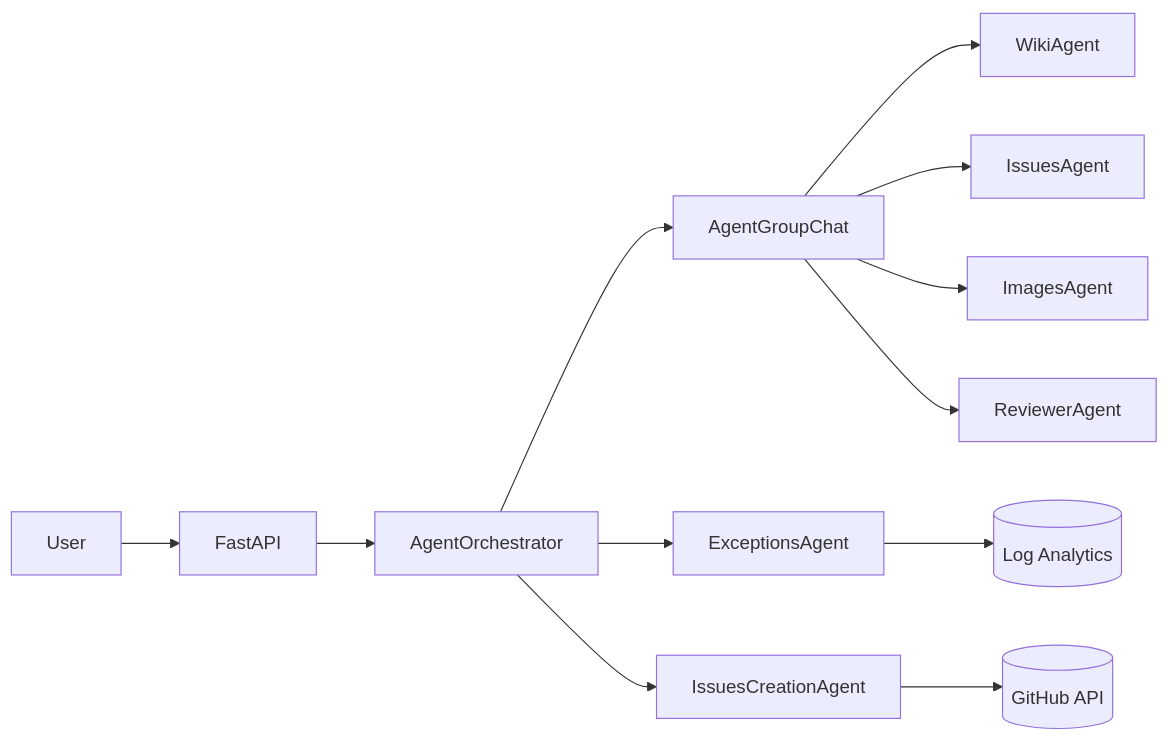
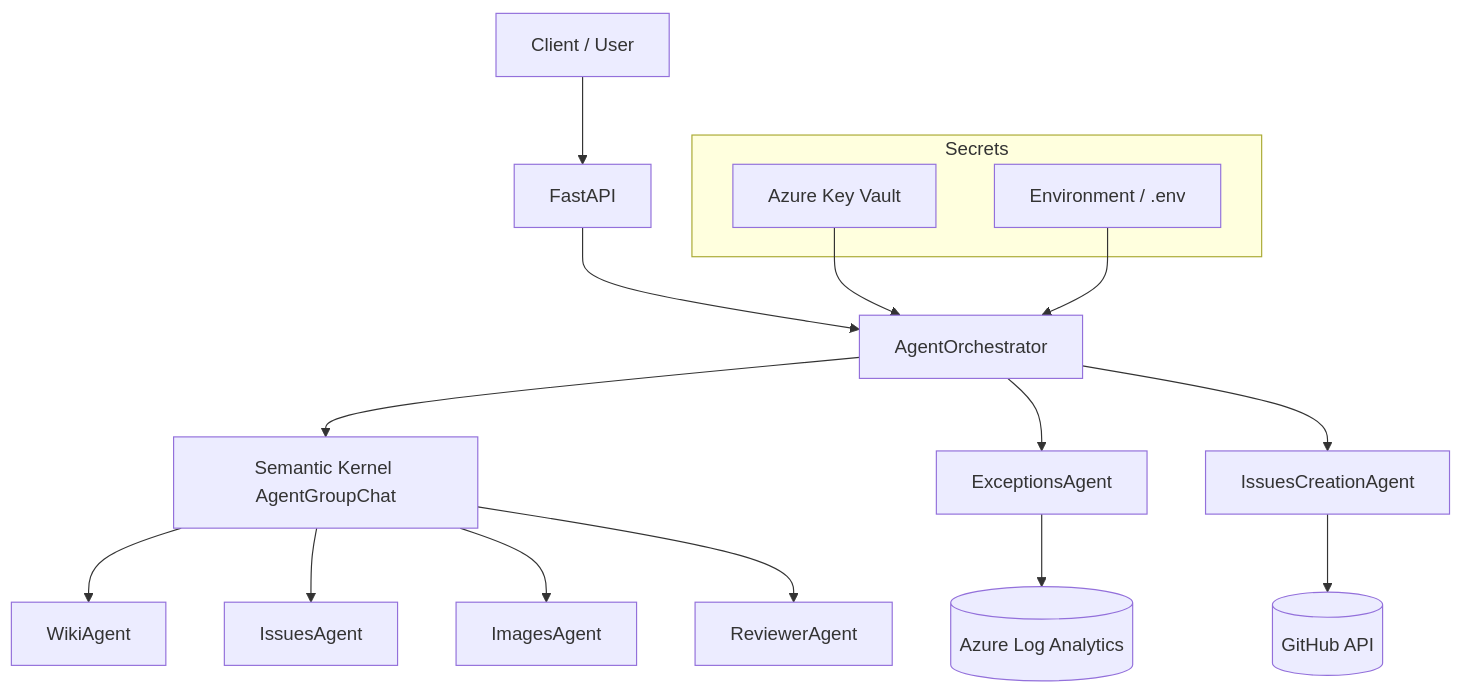
The first of 3 diagrams in README.md (Veta-agentic/veta-agents), drawn with Mermaid before and after one commit. The commit also changed other lines of this file and 5 other files, not shown here.

````diff
--- a/README.md
+++ b/README.md
@@ -15,14 +78,20 @@
 ```mermaid
-graph LR
-  U[User] --> API[FastAPI]
-  API --> ORC[AgentOrchestrator]
-  ORC --> GC[AgentGroupChat]
-  GC --> W[WikiAgent]
-  GC --> IS[IssuesAgent]
-  GC --> IMG[ImagesAgent]
-  GC --> R[ReviewerAgent]
-  ORC --> EX[ExceptionsAgent]
-  ORC --> IC[IssuesCreationAgent]
-  EX --> LA[(Log Analytics)]
+graph TD
+  A[Client / User] --> B[FastAPI]
+  B --> C[AgentOrchestrator]
+  C --> D[Semantic Kernel AgentGroupChat]
+  D --> W[WikiAgent]
+  D --> I[IssuesAgent]
+  D --> IMG[ImagesAgent]
+  D --> R[ReviewerAgent]
+  C --> EX[ExceptionsAgent]
+  C --> IC[IssuesCreationAgent]
+  EX --> LA[(Azure Log Analytics)]
   IC --> GH[(GitHub API)]
+  subgraph Secrets
+    KV[Azure Key Vault]
+    ENV[Environment / .env]
+  end
+  KV --> C
+  ENV --> C
 ```
````
